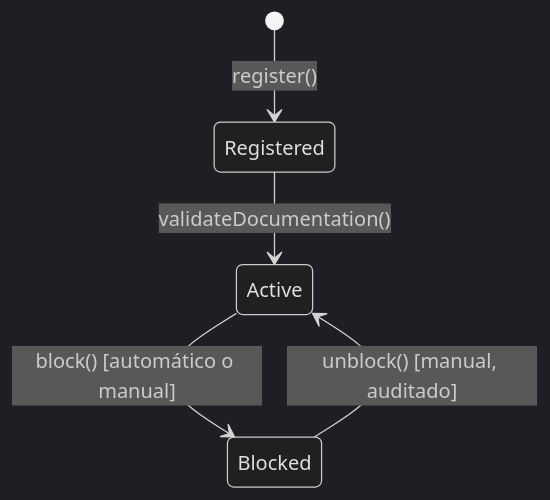
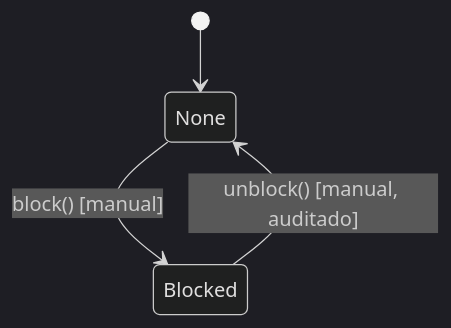
Diagram 11 of 17 in docs/model/08-STATE_MACHINES.md (hilarionht/renta-cars), drawn with Mermaid (dark theme) before and after one commit. The commit also changed other lines of this file and 5 other files, not shown here.

````diff
--- a/docs/model/08-STATE_MACHINES.md
+++ b/docs/model/08-STATE_MACHINES.md
@@ -239,7 +247,6 @@
 ```mermaid
 stateDiagram-v2
-    [*] --> Registered: register()
-    Registered --> Active: validateDocumentation()
-    Active --> Blocked: block() [automático o manual]
-    Blocked --> Active: unblock() [manual, auditado]
+    [*] --> None
+    None --> Blocked: block() [manual]
+    Blocked --> None: unblock() [manual, auditado]
 ```
````
